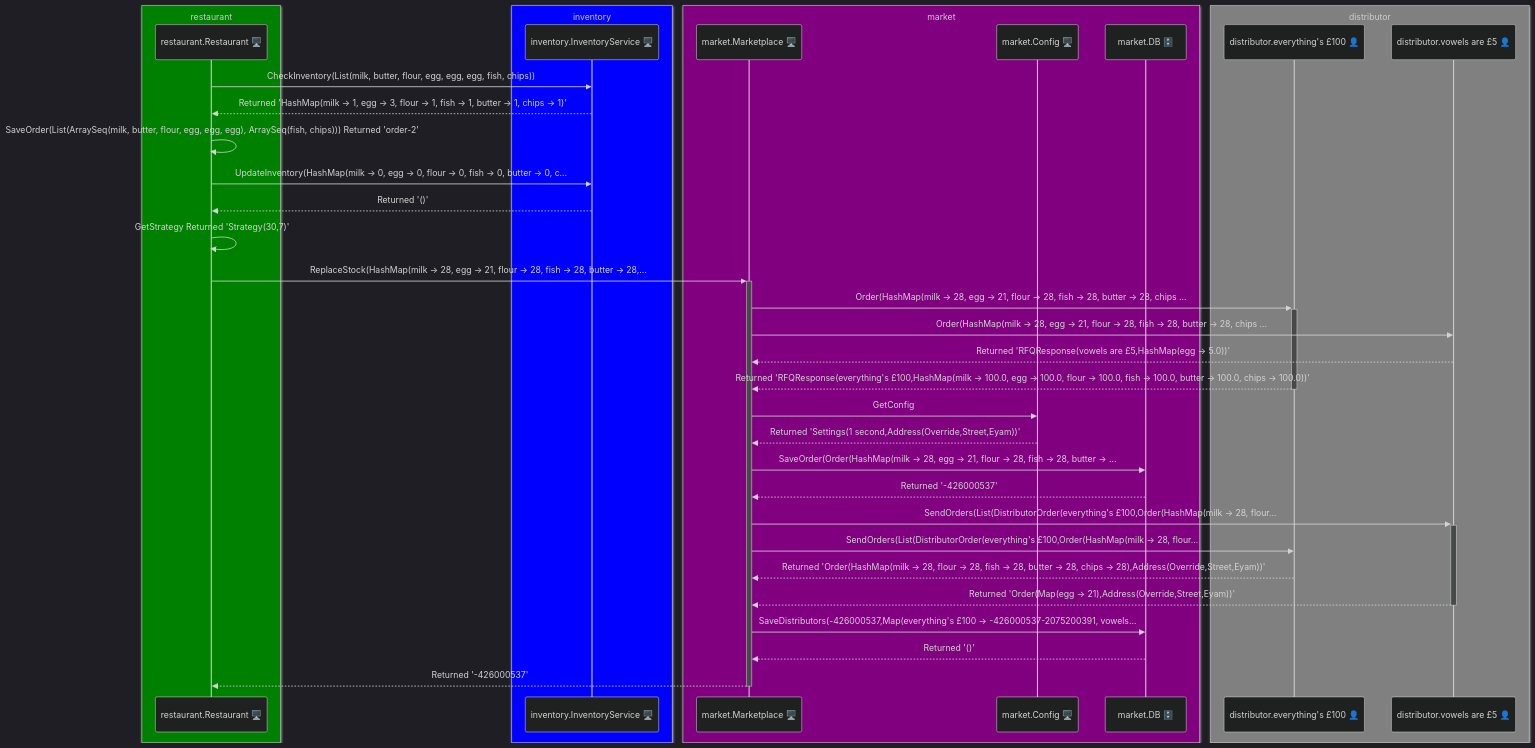
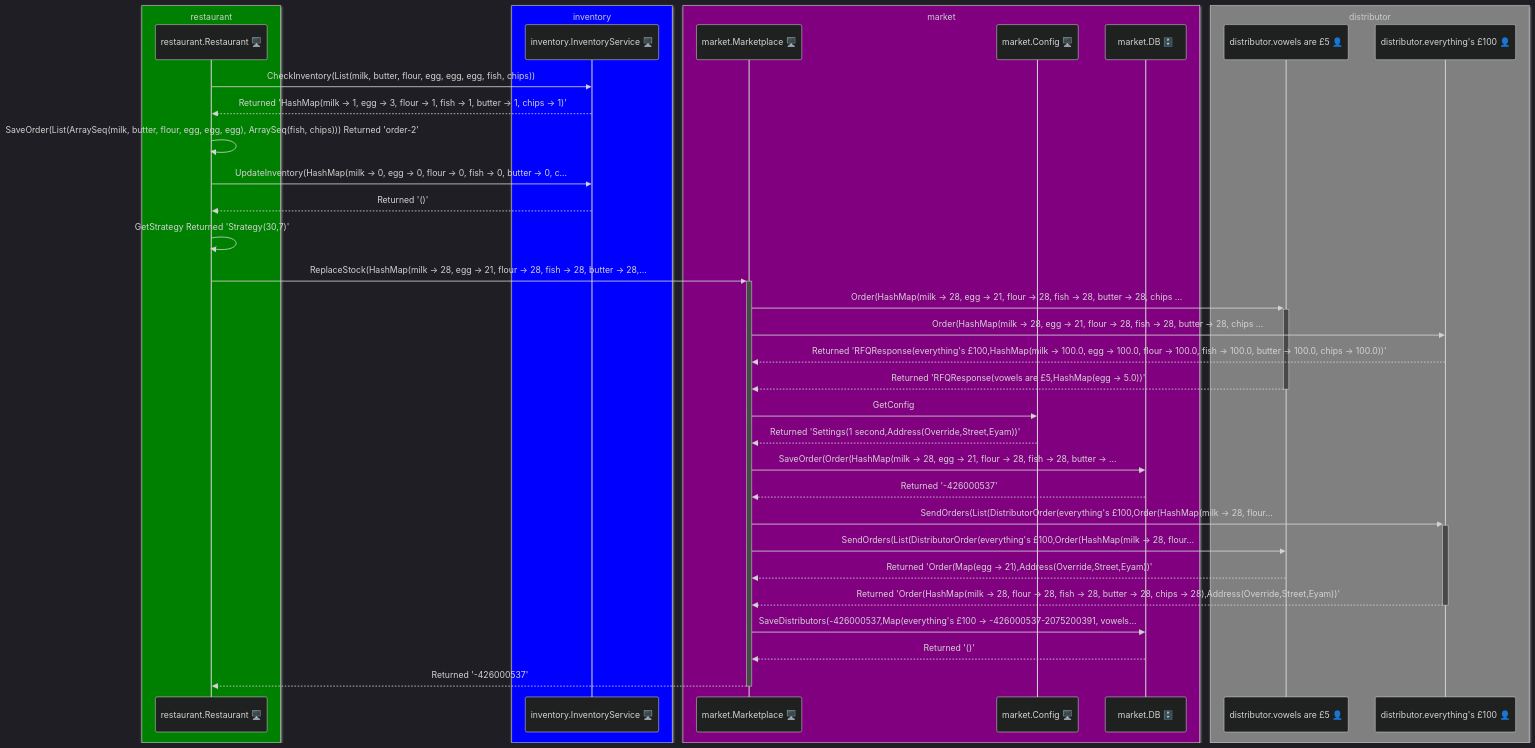
Before and after one commit to aaronp/counterparty: the third of 3 diagrams in docs/scenarios.md, drawn with Mermaid. The commit also changed other lines of this file and 1 other file, not shown here.

````diff
--- a/docs/scenarios.md
+++ b/docs/scenarios.md
@@ -19,42 +93,42 @@
 ```mermaid
 %%{init: {"theme": "dark", 
 "themeVariables": {"primaryTextColor": "grey", "secondaryTextColor": "black", "fontFamily": "Arial", "fontSize": 14, "primaryColor": "#3498db"}}}%%
 sequenceDiagram
 	box green restaurant
 	participant restaurant.Restaurant 🖥️
 	end
 	box blue inventory
 	participant inventory.InventoryService 🖥️
 	end
 	box purple market
 	participant market.Marketplace 🖥️
 	participant market.Config 🖥️
 	participant market.DB 🗄️
 	end
 	box gray distributor
+	participant distributor.vowels are £5 👤
 	participant distributor.everything's £100 👤
-	participant distributor.vowels are £5 👤
 	end
 	restaurant.Restaurant 🖥️ ->> inventory.InventoryService 🖥️ : CheckInventory(List(milk, butter, flour, egg, egg, egg, fish, chips))
 	inventory.InventoryService 🖥️ -->> restaurant.Restaurant 🖥️ : Returned 'HashMap(milk -> 1, egg -> 3, flour -> 1, fish -> 1, butter -> 1, chips -> 1)'
 	restaurant.Restaurant 🖥️ ->> restaurant.Restaurant 🖥️ : SaveOrder(List(ArraySeq(milk, butter, flour, egg, egg, egg), ArraySeq(fish, chips))) Returned 'order-2'
 	restaurant.Restaurant 🖥️ ->> inventory.InventoryService 🖥️ : UpdateInventory(HashMap(milk -> 0, egg -> 0, flour -> 0, fish -> 0, butter -> 0, c...
 	inventory.InventoryService 🖥️ -->> restaurant.Restaurant 🖥️ : Returned '()'
 	restaurant.Restaurant 🖥️ ->> restaurant.Restaurant 🖥️ : GetStrategy Returned 'Strategy(30,7)'
 	restaurant.Restaurant 🖥️ ->>+ market.Marketplace 🖥️ : ReplaceStock(HashMap(milk -> 28, egg -> 21, flour -> 28, fish -> 28, butter -> 28,...
-	market.Marketplace 🖥️ ->>+ distributor.everything's £100 👤 : Order(HashMap(milk -> 28, egg -> 21, flour -> 28, fish -> 28, butter -> 28, chips ...
-	market.Marketplace 🖥️ ->> distributor.vowels are £5 👤 : Order(HashMap(milk -> 28, egg -> 21, flour -> 28, fish -> 28, butter -> 28, chips ...
-	distributor.vowels are £5 👤 -->> market.Marketplace 🖥️ : Returned 'RFQResponse(vowels are £5,HashMap(egg -> 5.0))'
-	distributor.everything's £100 👤 -->>- market.Marketplace 🖥️ : Returned 'RFQResponse(everything's £100,HashMap(milk -> 100.0, egg -> 100.0, flour -> 100.0, fish -> 100.0, butter -> 100.0, chips -> 100.0))'
+	market.Marketplace 🖥️ ->>+ distributor.vowels are £5 👤 : Order(HashMap(milk -> 28, egg -> 21, flour -> 28, fish -> 28, butter -> 28, chips ...
+	market.Marketplace 🖥️ ->> distributor.everything's £100 👤 : Order(HashMap(milk -> 28, egg -> 21, flour -> 28, fish -> 28, butter -> 28, chips ...
+	distributor.everything's £100 👤 -->> market.Marketplace 🖥️ : Returned 'RFQResponse(everything's £100,HashMap(milk -> 100.0, egg -> 100.0, flour -> 100.0, fish -> 100.0, butter -> 100.0, chips -> 100.0))'
+	distributor.vowels are £5 👤 -->>- market.Marketplace 🖥️ : Returned 'RFQResponse(vowels are £5,HashMap(egg -> 5.0))'
 	market.Marketplace 🖥️ ->> market.Config 🖥️ : GetConfig
 	market.Config 🖥️ -->> market.Marketplace 🖥️ : Returned 'Settings(1 second,Address(Override,Street,Eyam))'
 	market.Marketplace 🖥️ ->> market.DB 🗄️ : SaveOrder(Order(HashMap(milk -> 28, egg -> 21, flour -> 28, fish -> 28, butter -> ...
 	market.DB 🗄️ -->> market.Marketplace 🖥️ : Returned '-426000537'
-	market.Marketplace 🖥️ ->>+ distributor.vowels are £5 👤 : SendOrders(List(DistributorOrder(everything's £100,Order(HashMap(milk -> 28, flour...
-	market.Marketplace 🖥️ ->> distributor.everything's £100 👤 : SendOrders(List(DistributorOrder(everything's £100,Order(HashMap(milk -> 28, flour...
-	distributor.everything's £100 👤 -->> market.Marketplace 🖥️ : Returned 'Order(HashMap(milk -> 28, flour -> 28, fish -> 28, butter -> 28, chips -> 28),Address(Override,Street,Eyam))'
-	distributor.vowels are £5 👤 -->>- market.Marketplace 🖥️ : Returned 'Order(Map(egg -> 21),Address(Override,Street,Eyam))'
+	market.Marketplace 🖥️ ->>+ distributor.everything's £100 👤 : SendOrders(List(DistributorOrder(everything's £100,Order(HashMap(milk -> 28, flour...
+	market.Marketplace 🖥️ ->> distributor.vowels are £5 👤 : SendOrders(List(DistributorOrder(everything's £100,Order(HashMap(milk -> 28, flour...
+	distributor.vowels are £5 👤 -->> market.Marketplace 🖥️ : Returned 'Order(Map(egg -> 21),Address(Override,Street,Eyam))'
+	distributor.everything's £100 👤 -->>- market.Marketplace 🖥️ : Returned 'Order(HashMap(milk -> 28, flour -> 28, fish -> 28, butter -> 28, chips -> 28),Address(Override,Street,Eyam))'
 	market.Marketplace 🖥️ ->> market.DB 🗄️ : SaveDistributors(-426000537,Map(everything's £100 -> -426000537-2075200391, vowels...
 	market.DB 🗄️ -->> market.Marketplace 🖥️ : Returned '()'
 	market.Marketplace 🖥️ -->>- restaurant.Restaurant 🖥️ : Returned '-426000537'
 ```
````
